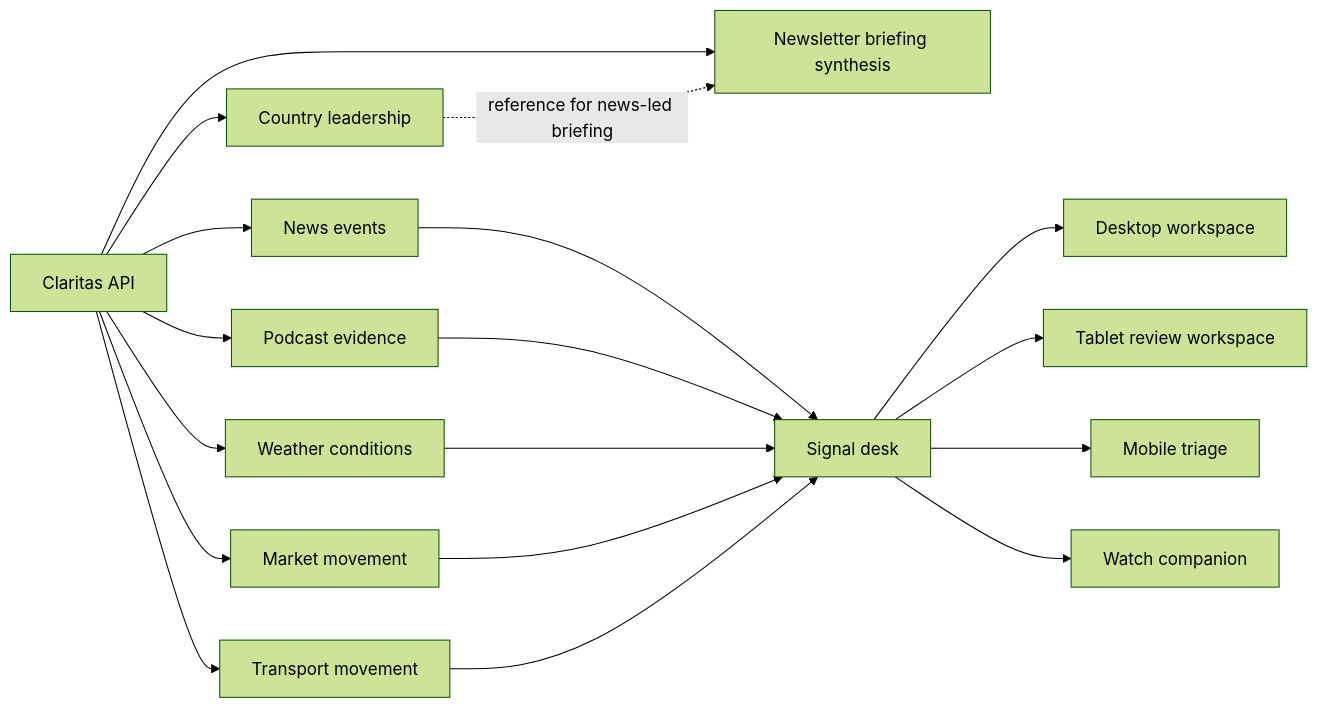
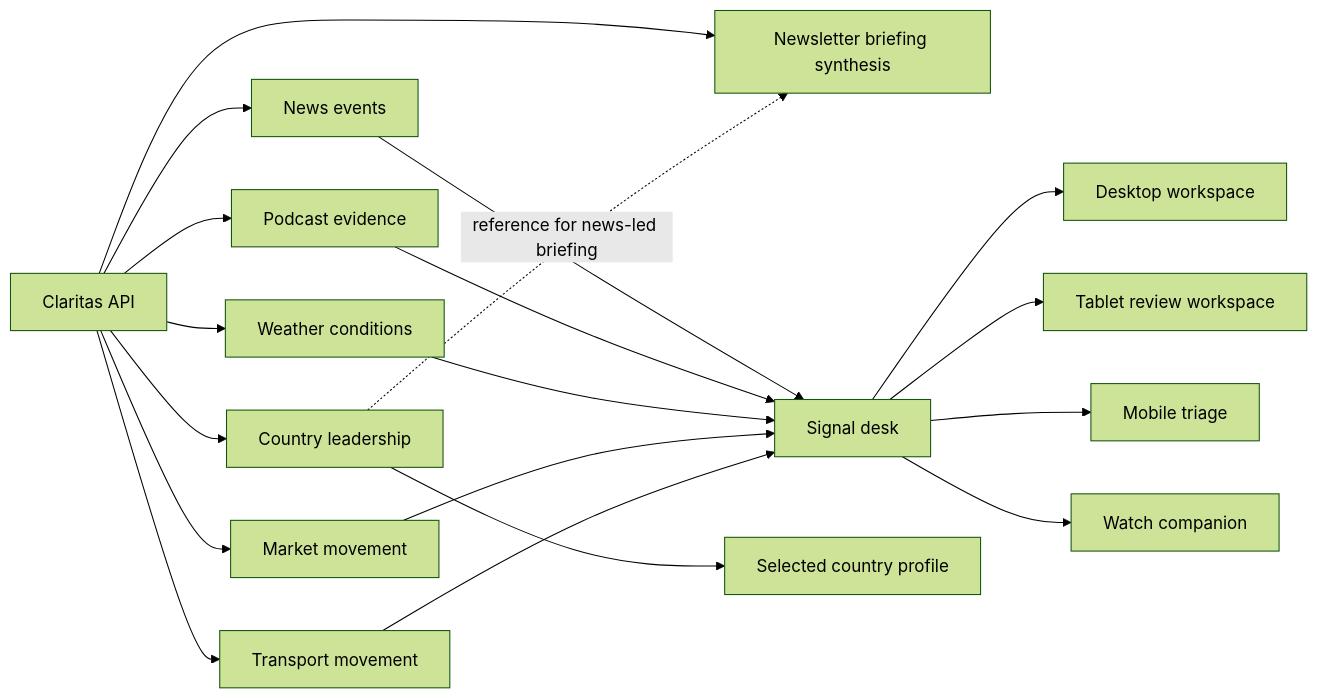
Before and after one commit to eojgroup/claritas: the first of 2 diagrams in docs/architecture/cross-device-design.md, drawn with Mermaid (forest theme). The commit also changed other lines of this file and 3 other files, not shown here.

Commit message:
Restore country leadership profile

````diff
--- a/docs/architecture/cross-device-design.md
+++ b/docs/architecture/cross-device-design.md
@@ -20,22 +20,23 @@
 ```mermaid
 flowchart LR
   API[Claritas API] --> Brief[Newsletter briefing synthesis]
   API --> News[News events]
   API --> Podcasts[Podcast evidence]
   API --> Weather[Weather conditions]
   API --> Markets[Market movement]
   API --> Leadership[Country leadership]
   API --> Transport[Transport movement]
 
   News --> Desk[Signal desk]
   Podcasts --> Desk
   Weather --> Desk
   Markets --> Desk
+  Leadership --> Profile[Selected country profile]
   Leadership -. reference for news-led briefing .-> Brief
   Transport --> Desk
 
   Desk --> Web[Desktop workspace]
   Desk --> Pad[Tablet review workspace]
   Desk --> Phone[Mobile triage]
   Desk --> Watch[Watch companion]
 ```
````
